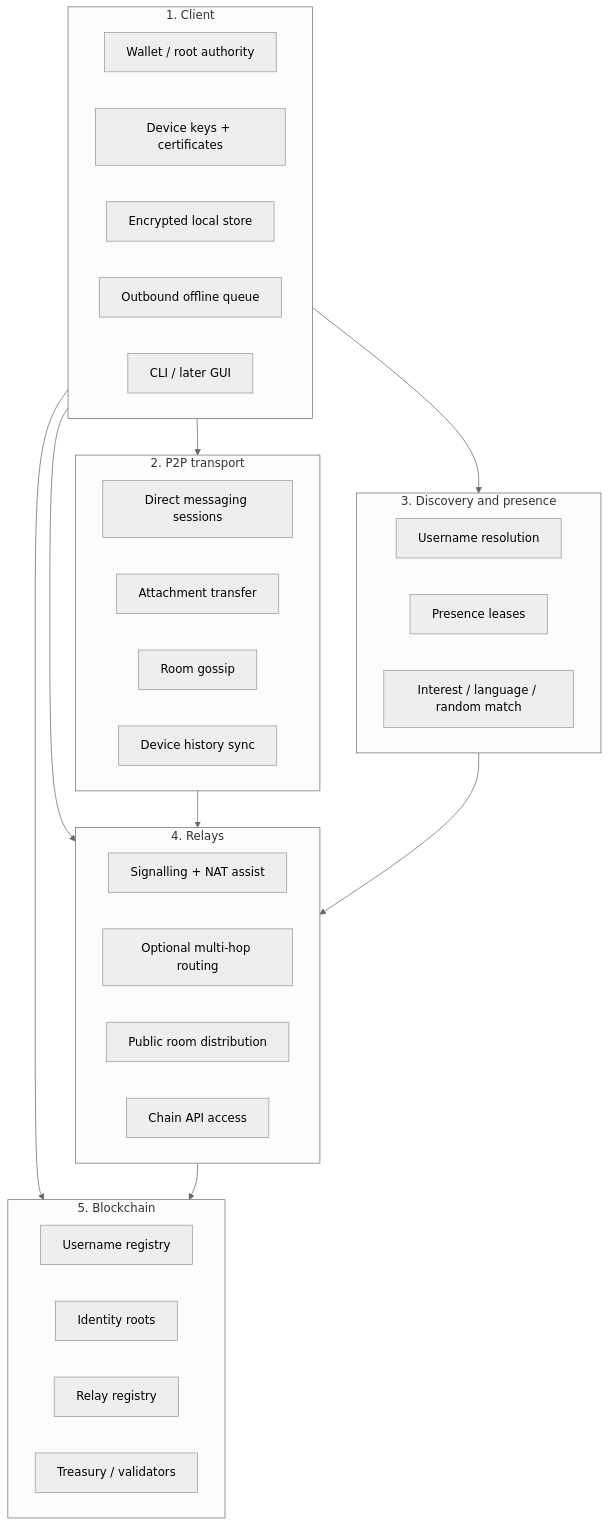
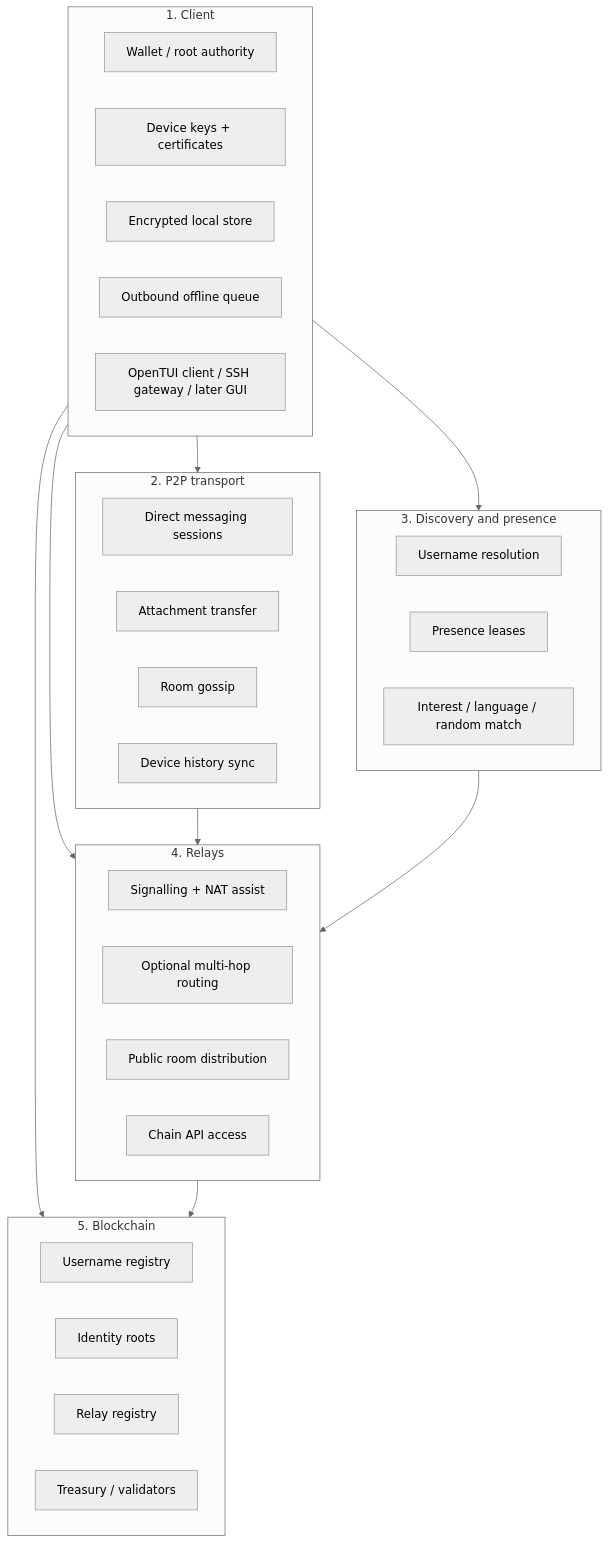
Before and after one commit to tschk/nexnet: the first of 5 diagrams in docs/architecture.md, drawn with Mermaid (neutral theme). The commit also changed 3 other files, not shown here.

Commit message:
docs: lock OpenTUI and SSH client surfaces

````diff
--- a/docs/architecture.md
+++ b/docs/architecture.md
@@ -8,45 +8,45 @@
 ```mermaid
 flowchart TB
   subgraph L1[1. Client]
     Wallet[Wallet / root authority]
     Keys[Device keys + certificates]
     Store[Encrypted local store]
     Queue[Outbound offline queue]
-    UI[CLI / later GUI]
+    UI[OpenTUI client / SSH gateway / later GUI]
   end
 
   subgraph L2[2. P2P transport]
     DM[Direct messaging sessions]
     Att[Attachment transfer]
     Gossip[Room gossip]
     Sync[Device history sync]
   end
 
   subgraph L3[3. Discovery and presence]
     Resolve[Username resolution]
     Lease[Presence leases]
     Match[Interest / language / random match]
   end
 
   subgraph L4[4. Relays]
     Sig[Signalling + NAT assist]
     Onion[Optional multi-hop routing]
     RoomFan[Public room distribution]
     ChainAPI[Chain API access]
   end
 
   subgraph L5[5. Blockchain]
     Names[Username registry]
     IdRoot[Identity roots]
     RelReg[Relay registry]
     Treas[Treasury / validators]
   end
 
   L1 --> L2
   L1 --> L3
   L1 --> L4
   L1 --> L5
   L2 --> L4
   L3 --> L4
   L4 --> L5
 ```
````
